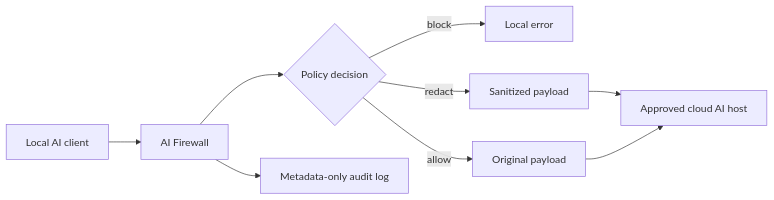
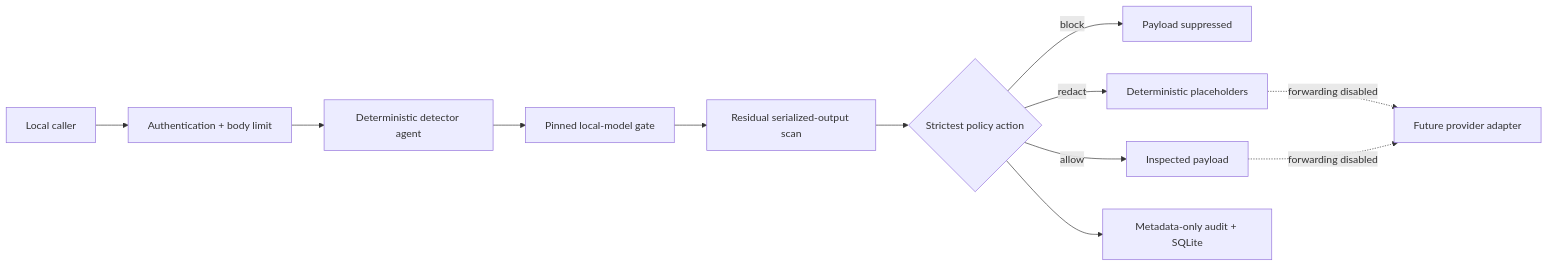
Before and after one commit to manufaujdar/ai-firewall: the diagram in README.md, drawn with Mermaid. The commit also changed other lines of this file and 47 other files, not shown here.

````diff
--- a/README.md
+++ b/README.md
@@ -57,11 +78,14 @@
 ```mermaid
 flowchart LR
-    A[Local AI client] --> B[AI Firewall]
-    B --> C{Policy decision}
-    C -->|block| D[Local error]
-    C -->|redact| E[Sanitized payload]
-    C -->|allow| F[Original payload]
-    E --> G[Approved cloud AI host]
-    F --> G
-    B --> H[Metadata-only audit log]
+    A["Local caller"] --> B["Authentication + body limit"]
+    B --> C["Deterministic detector agent"]
+    C --> M["Pinned local-model gate"]
+    M --> R["Residual serialized-output scan"]
+    R --> D{"Strictest policy action"}
+    D -->|block| E["Payload suppressed"]
+    D -->|redact| F["Deterministic placeholders"]
+    D -->|allow| G["Inspected payload"]
+    D --> H["Metadata-only audit + SQLite"]
+    F -. "forwarding disabled" .-> I["Future provider adapter"]
+    G -. "forwarding disabled" .-> I
 ```
````
